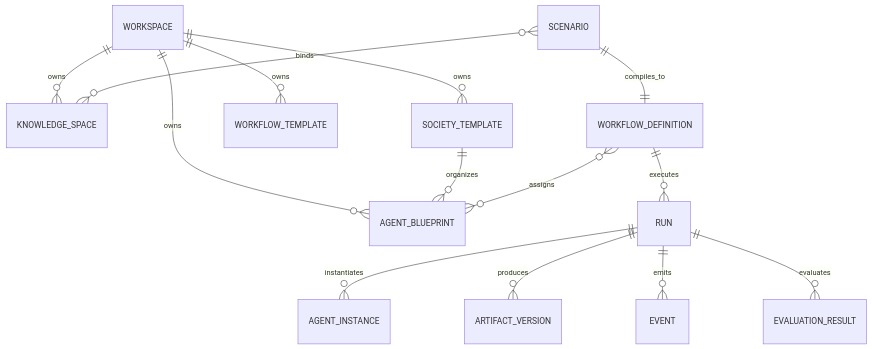
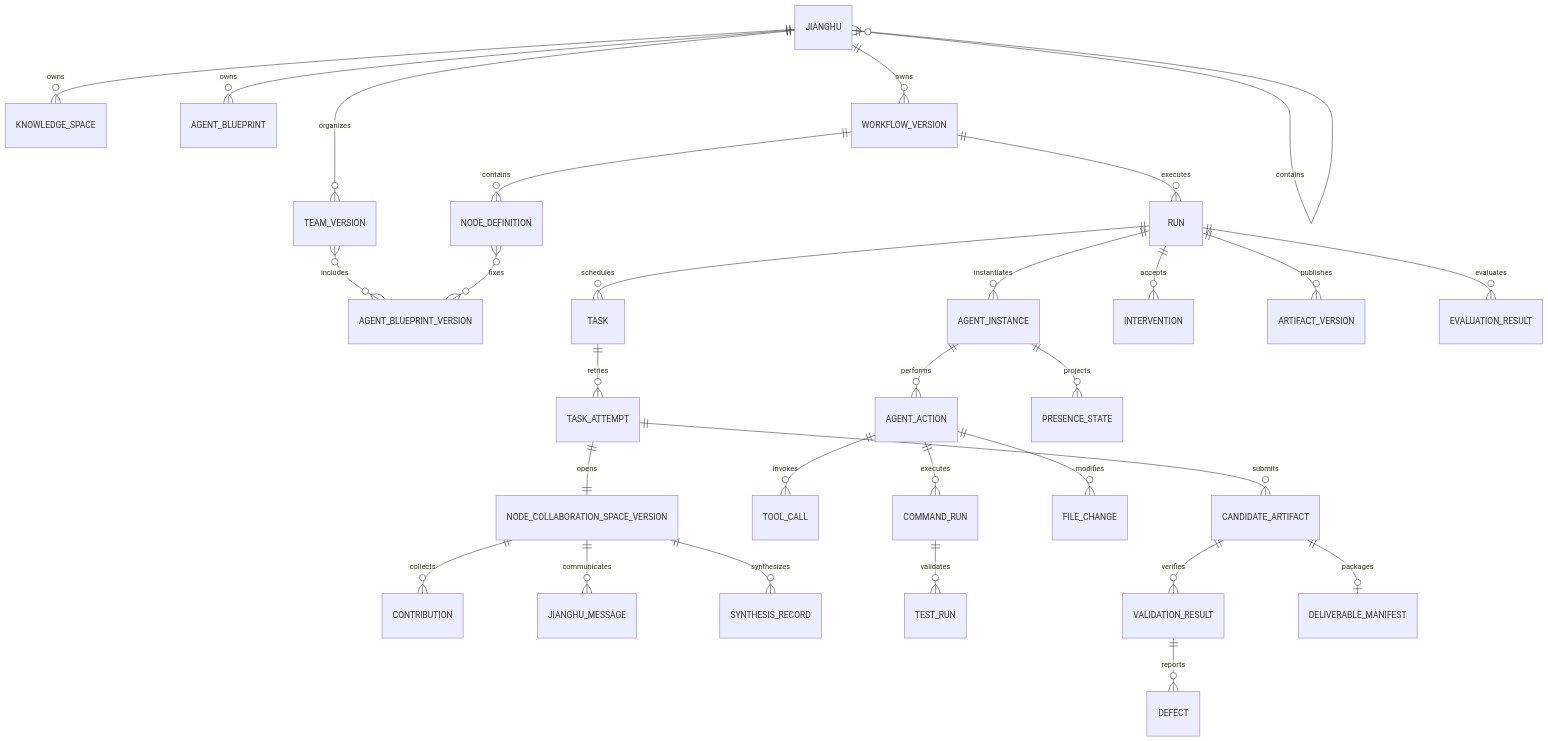
Before and after one commit to Logayan/agent-arena: the fourth of 4 diagrams in docs/04-design/agent-society-and-workflow-factory.md, drawn with Mermaid. The commit also changed other lines of this file and 29 other files, not shown here.

````diff
--- a/docs/04-design/agent-society-and-workflow-factory.md
+++ b/docs/04-design/agent-society-and-workflow-factory.md
@@ -420,16 +520,32 @@
 ```mermaid
 erDiagram
-    WORKSPACE ||--o{ KNOWLEDGE_SPACE : owns
-    WORKSPACE ||--o{ AGENT_BLUEPRINT : owns
-    WORKSPACE ||--o{ SOCIETY_TEMPLATE : owns
-    WORKSPACE ||--o{ WORKFLOW_TEMPLATE : owns
-    SCENARIO }o--o{ KNOWLEDGE_SPACE : binds
-    SCENARIO ||--|| WORKFLOW_DEFINITION : compiles_to
-    SOCIETY_TEMPLATE ||--o{ AGENT_BLUEPRINT : organizes
-    WORKFLOW_DEFINITION }o--o{ AGENT_BLUEPRINT : assigns
-    WORKFLOW_DEFINITION ||--o{ RUN : executes
+    JIANGHU ||--o{ JIANGHU : contains
+    JIANGHU ||--o{ KNOWLEDGE_SPACE : owns
+    JIANGHU ||--o{ AGENT_BLUEPRINT : owns
+    JIANGHU ||--o{ TEAM_VERSION : organizes
+    TEAM_VERSION }o--o{ AGENT_BLUEPRINT_VERSION : includes
+    JIANGHU ||--o{ WORKFLOW_VERSION : owns
+    WORKFLOW_VERSION ||--o{ NODE_DEFINITION : contains
+    NODE_DEFINITION }o--o{ AGENT_BLUEPRINT_VERSION : fixes
+    WORKFLOW_VERSION ||--o{ RUN : executes
     RUN ||--o{ AGENT_INSTANCE : instantiates
-    RUN ||--o{ ARTIFACT_VERSION : produces
-    RUN ||--o{ EVENT : emits
+    RUN ||--o{ TASK : schedules
+    TASK ||--o{ TASK_ATTEMPT : retries
+    TASK_ATTEMPT ||--|| NODE_COLLABORATION_SPACE_VERSION : opens
+    NODE_COLLABORATION_SPACE_VERSION ||--o{ CONTRIBUTION : collects
+    NODE_COLLABORATION_SPACE_VERSION ||--o{ JIANGHU_MESSAGE : communicates
+    NODE_COLLABORATION_SPACE_VERSION ||--o{ SYNTHESIS_RECORD : synthesizes
+    AGENT_INSTANCE ||--o{ AGENT_ACTION : performs
+    AGENT_INSTANCE ||--o{ PRESENCE_STATE : projects
+    AGENT_ACTION ||--o{ TOOL_CALL : invokes
+    AGENT_ACTION ||--o{ COMMAND_RUN : executes
+    AGENT_ACTION ||--o{ FILE_CHANGE : modifies
+    COMMAND_RUN ||--o{ TEST_RUN : validates
+    TASK_ATTEMPT ||--o{ CANDIDATE_ARTIFACT : submits
+    CANDIDATE_ARTIFACT ||--o{ VALIDATION_RESULT : verifies
+    CANDIDATE_ARTIFACT ||--o| DELIVERABLE_MANIFEST : packages
+    VALIDATION_RESULT ||--o{ DEFECT : reports
+    RUN ||--o{ INTERVENTION : accepts
+    RUN ||--o{ ARTIFACT_VERSION : publishes
     RUN ||--o{ EVALUATION_RESULT : evaluates
 ```
````
